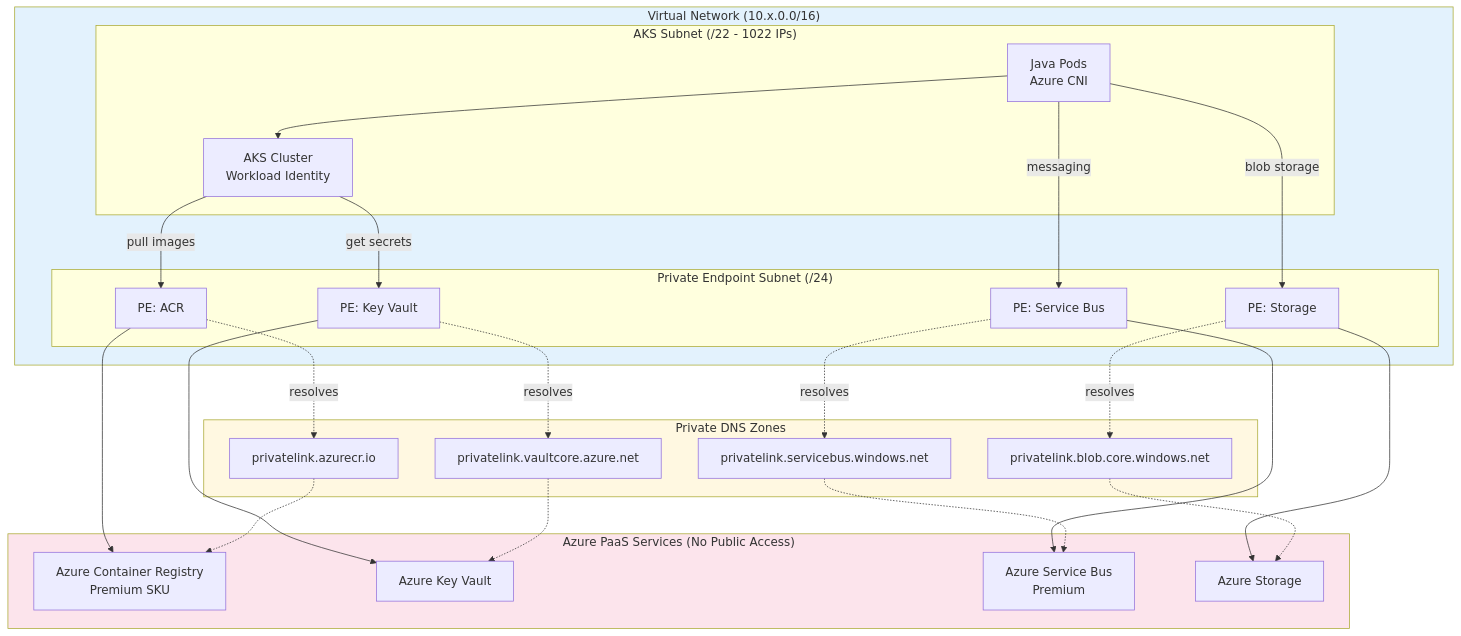
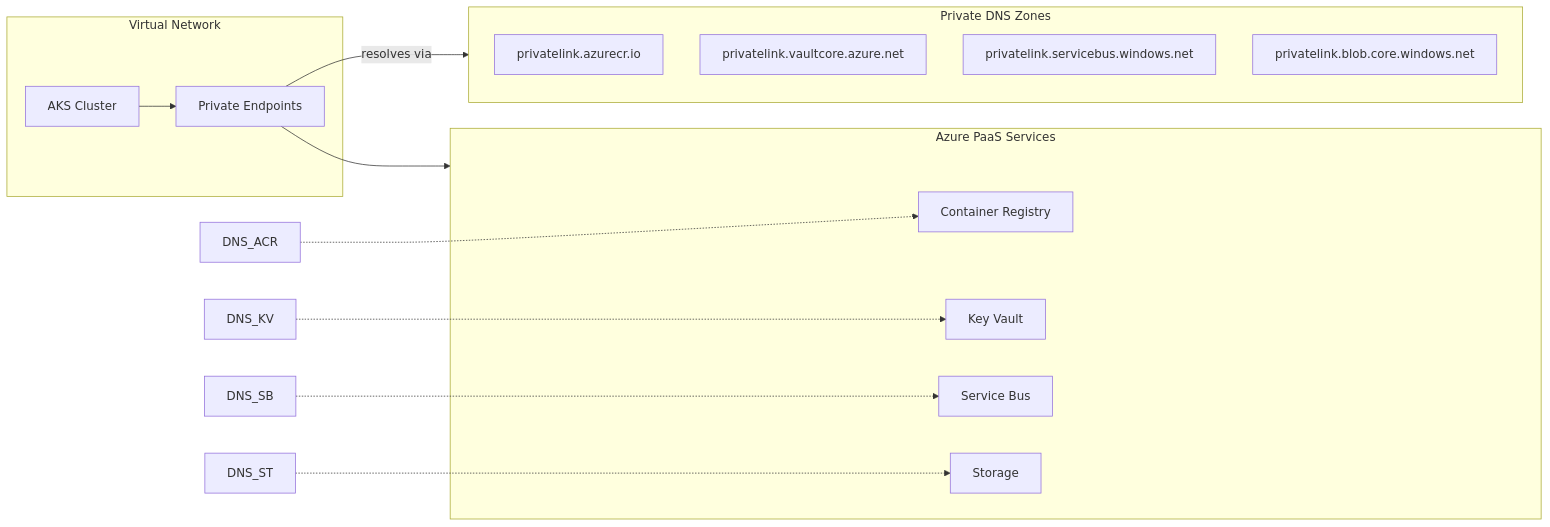
Before and after one commit to piizei/azure-stamp-infra: the third of 3 diagrams in README.md, drawn with Mermaid. The commit also changed other lines of this file, not shown here.

Commit message:
diagram colors

````diff
--- a/README.md
+++ b/README.md
@@ -137,55 +100,30 @@
 ```mermaid
-flowchart TB
-    subgraph VNet["Virtual Network (10.x.0.0/16)"]
-        subgraph AKSSubnet["AKS Subnet (/22 - 1022 IPs)"]
-            AKS[AKS Cluster<br/>Workload Identity]
-            Pods[Java Pods<br/>Azure CNI]
-        end
-        
-        subgraph PESubnet["Private Endpoint Subnet (/24)"]
-            PE_ACR[PE: ACR]
-            PE_KV[PE: Key Vault]
-            PE_SB[PE: Service Bus]
-            PE_ST[PE: Storage]
-        end
+flowchart LR
+    subgraph VNet["Virtual Network"]
+        AKS[AKS Cluster]
+        PE[Private Endpoints]
     end
     
-    subgraph PrivateDNS["Private DNS Zones"]
-        DNS_ACR[privatelink.azurecr.io]
-        DNS_KV[privatelink.vaultcore.azure.net]
-        DNS_SB[privatelink.servicebus.windows.net]
-        DNS_ST[privatelink.blob.core.windows.net]
+    subgraph DNS["Private DNS Zones"]
+        DNS1[privatelink.azurecr.io]
+        DNS2[privatelink.vaultcore.azure.net]
+        DNS3[privatelink.servicebus.windows.net]
+        DNS4[privatelink.blob.core.windows.net]
     end
     
-    subgraph AzureServices["Azure PaaS Services (No Public Access)"]
-        ACR[Azure Container Registry<br/>Premium SKU]
-        KV[Azure Key Vault]
-        SB[Azure Service Bus<br/>Premium]
-        ST[Azure Storage]
+    subgraph PaaS["Azure PaaS Services"]
+        ACR[Container Registry]
+        KV[Key Vault]
+        SB[Service Bus]
+        ST[Storage]
     end
     
-    Pods --> AKS
-    AKS -->|pull images| PE_ACR
-    AKS -->|get secrets| PE_KV
-    Pods -->|messaging| PE_SB
-    Pods -->|blob storage| PE_ST
-    
-    PE_ACR --> ACR
-    PE_KV --> KV
-    PE_SB --> SB
-    PE_ST --> ST
-    
-    PE_ACR -.->|resolves| DNS_ACR
-    PE_KV -.->|resolves| DNS_KV
-    PE_SB -.->|resolves| DNS_SB
-    PE_ST -.->|resolves| DNS_ST
+    AKS --> PE
+    PE -->|resolves via| DNS
+    PE --> PaaS
     
     DNS_ACR -.-> ACR
     DNS_KV -.-> KV
     DNS_SB -.-> SB
     DNS_ST -.-> ST
-    
-    style VNet fill:#e3f2fd
-    style PrivateDNS fill:#fff8e1
-    style AzureServices fill:#fce4ec
 ```
````
